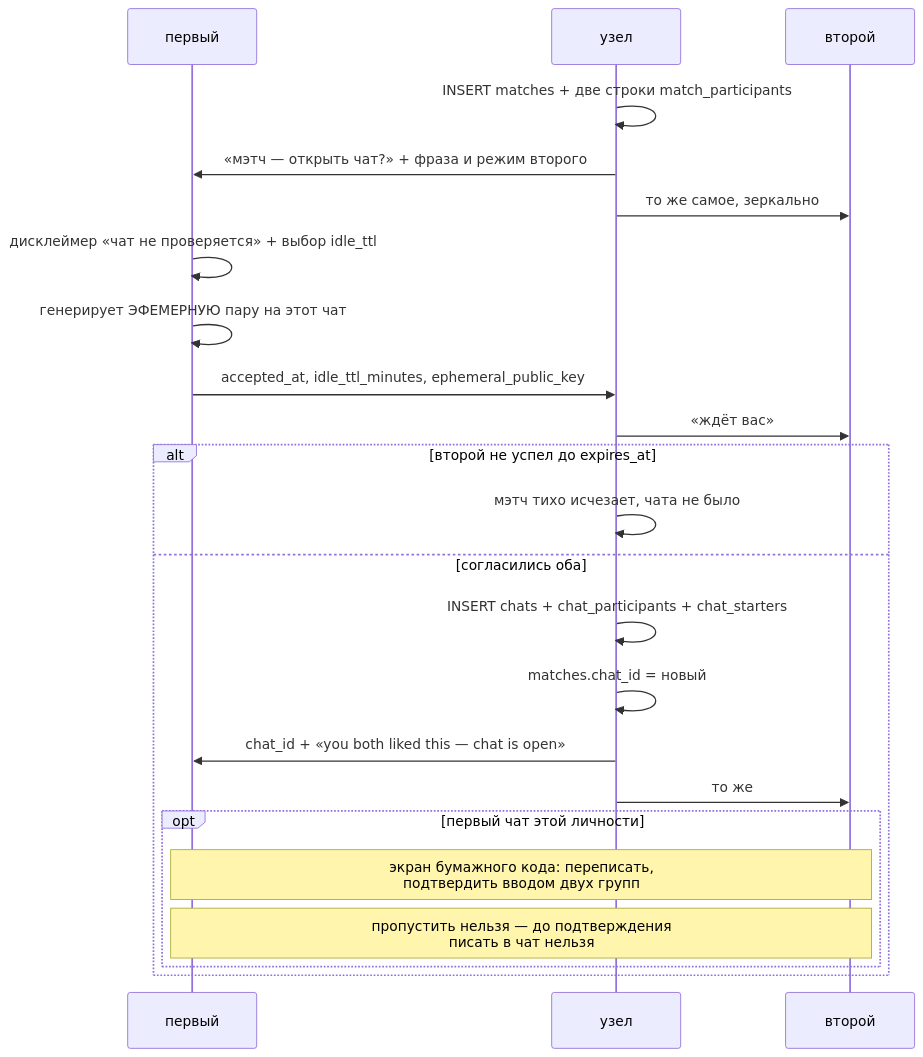
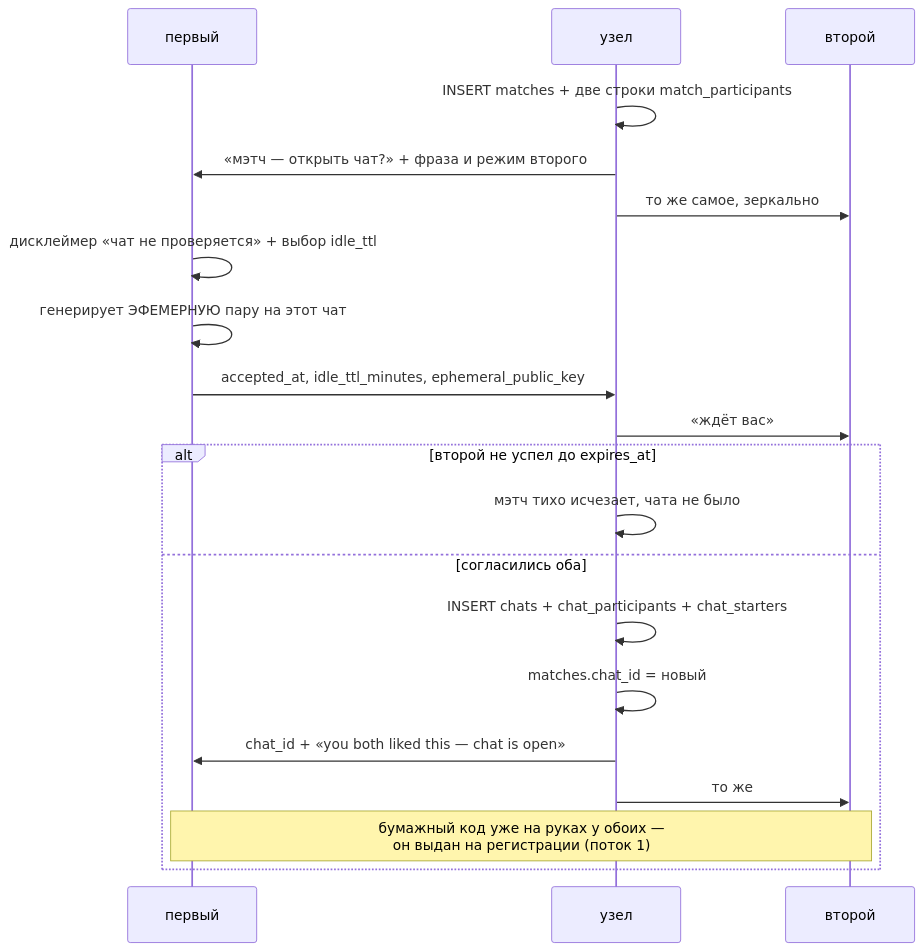
Before and after one commit to panov-id/xor.ad: the tenth of 29 diagrams in docs/chat-flows_RU.md, drawn with Mermaid. The commit also changed other lines of this file and 9 other files, not shown here.

First line of the commit message:
Walk every flow against the decisions, and write down what proves them

````diff
--- a/docs/chat-flows_RU.md
+++ b/docs/chat-flows_RU.md
@@ -325,25 +351,22 @@
 ```mermaid
 sequenceDiagram
   participant A as первый
   participant N as узел
   participant B as второй
   N->>N: INSERT matches + две строки match_participants
   N->>A: «мэтч — открыть чат?» + фраза и режим второго
   N->>B: то же самое, зеркально
   A->>A: дисклеймер «чат не проверяется» + выбор idle_ttl
   A->>A: генерирует ЭФЕМЕРНУЮ пару на этот чат
   A->>N: accepted_at, idle_ttl_minutes, ephemeral_public_key
   N->>B: «ждёт вас»
   alt второй не успел до expires_at
     N->>N: мэтч тихо исчезает, чата не было
   else согласились оба
     N->>N: INSERT chats + chat_participants + chat_starters
     N->>N: matches.chat_id = новый
     N->>A: chat_id + «you both liked this — chat is open»
     N->>B: то же
-    opt первый чат этой личности
-      Note over A,B: экран бумажного кода: переписать,<br/>подтвердить вводом двух групп
-      Note over A,B: пропустить нельзя — до подтверждения<br/>писать в чат нельзя
-    end
+    Note over A,B: бумажный код уже на руках у обоих —<br/>он выдан на регистрации #40;поток 1#41;
   end
 ```
````
